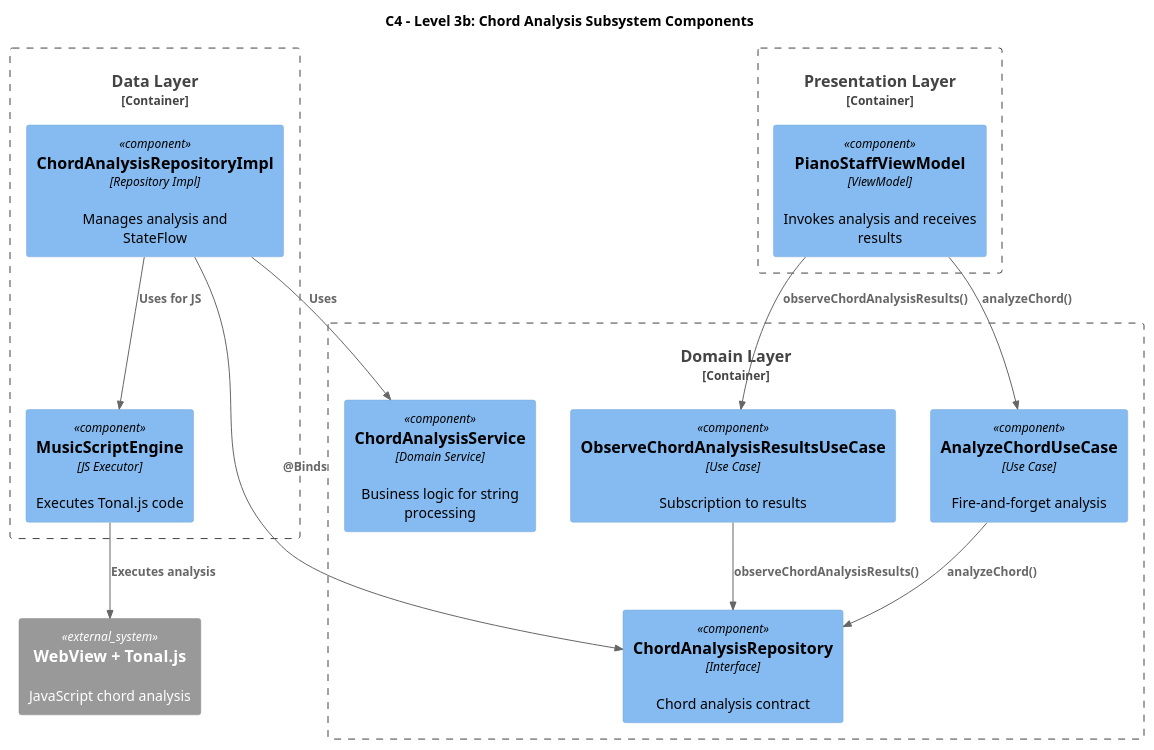
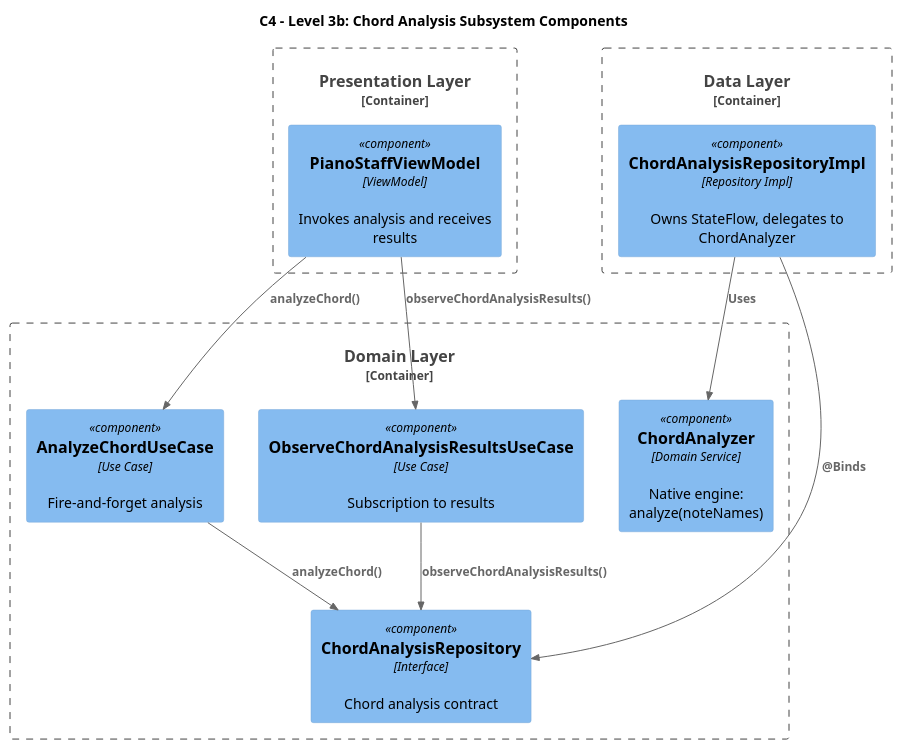
Before and after one commit to astrizhachuk/PianoFlow: the third of 10 diagrams in docs/en/specs/MIDI_MESSAGE_PROCESSING.md, drawn with PlantUML. The commit also changed other lines of this file and 30 other files, not shown here.

First line of the commit message:
feat(domain): native Kotlin chord analysis service (#16)

````diff
--- a/docs/en/specs/MIDI_MESSAGE_PROCESSING.md
+++ b/docs/en/specs/MIDI_MESSAGE_PROCESSING.md
@@ -118,44 +129,37 @@
 ```plantuml
 @startuml
 !include https://raw.githubusercontent.com/plantuml-stdlib/C4-PlantUML/master/C4_Component.puml
 
 title C4 - Level 3b: Chord Analysis Subsystem Components
-
-System_Ext(webview_js, "WebView + Tonal.js", "JavaScript chord analysis")
 
 Container_Boundary(presentation, "Presentation Layer") {
     Component(vm, "PianoStaffViewModel", "ViewModel", "Invokes analysis and receives results")
 }
 
 Container_Boundary(domain, "Domain Layer") {
     Component(analyze_chord_uc, "AnalyzeChordUseCase", "Use Case", "Fire-and-forget analysis")
     Component(observe_chord_uc, "ObserveChordAnalysisResultsUseCase", "Use Case", "Subscription to results")
     Component(chord_repo, "ChordAnalysisRepository", "Interface", "Chord analysis contract")
-    Component(chord_service, "ChordAnalysisService", "Domain Service", "Business logic for string processing")
+    Component(chord_analyzer, "ChordAnalyzer", "Domain Service", "Native engine: analyze(noteNames)")
 }
 
 Container_Boundary(data, "Data Layer") {
-    Component(chord_repo_impl, "ChordAnalysisRepositoryImpl", "Repository Impl", "Manages analysis and StateFlow")
-    Component(js_executor, "MusicScriptEngine", "JS Executor", "Executes Tonal.js code")
+    Component(chord_repo_impl, "ChordAnalysisRepositoryImpl", "Repository Impl", "Owns StateFlow, delegates to ChordAnalyzer")
 }
 
 ' Presentation-Domain Connections
 Rel(vm, analyze_chord_uc, "analyzeChord()")
 Rel(vm, observe_chord_uc, "observeChordAnalysisResults()")
 
 ' Use Cases-Repository Connections
 Rel(analyze_chord_uc, chord_repo, "analyzeChord()")
 Rel(observe_chord_uc, chord_repo, "observeChordAnalysisResults()")
 
 ' Bindings
 Rel(chord_repo_impl, chord_repo, "@Binds")
 
 ' Data Layer Connections
-Rel(chord_repo_impl, chord_service, "Uses")
-Rel(chord_repo_impl, js_executor, "Uses for JS")
-
-' External Systems
-Rel(js_executor, webview_js, "Executes analysis")
+Rel(chord_repo_impl, chord_analyzer, "Uses")
 
 @enduml
 ```
````
